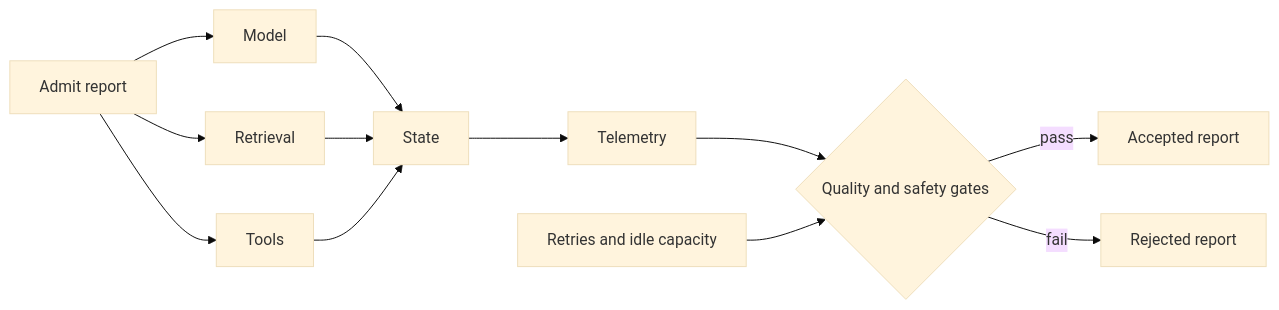
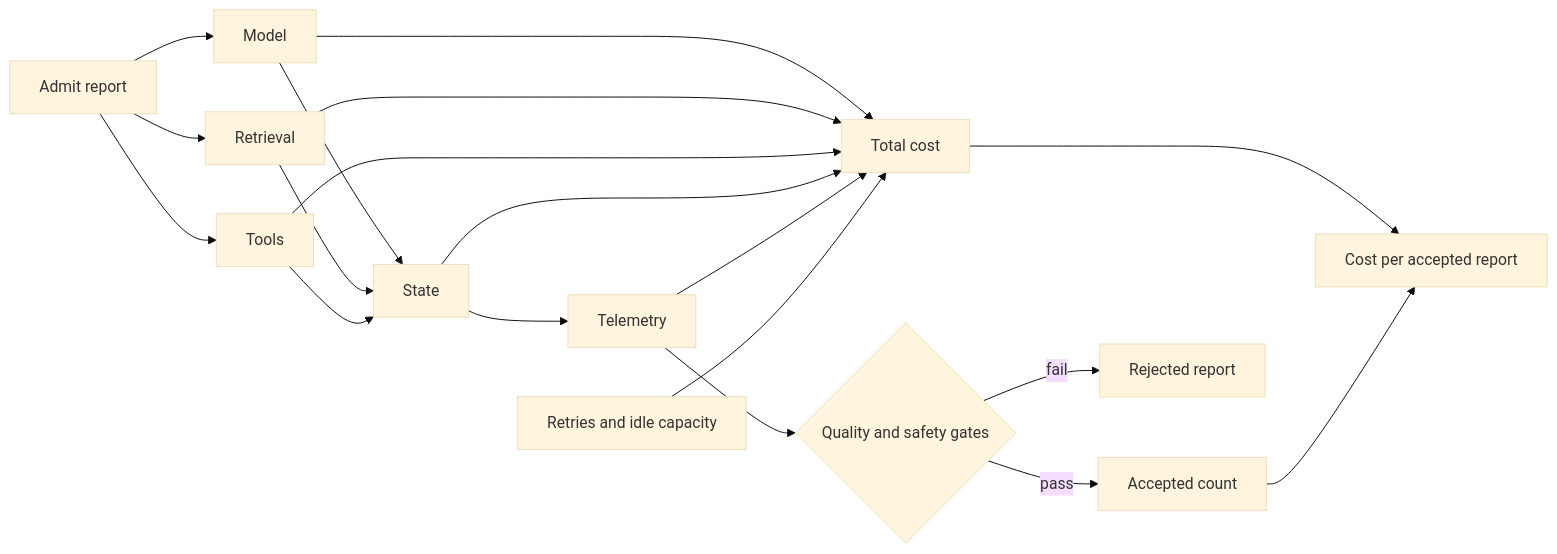
The first of 3 diagrams in modules/08-scale-economics-lifecycle/chapters/33-performance-cost-engineering.md (VikrantSingh01/Agentic_System_Design), drawn with Mermaid (base theme) before and after one commit. The commit also changed other lines of this file and 2 other files, not shown here.

Commit message:
Improve Module 8 diagram accessibility

````diff
--- a/modules/08-scale-economics-lifecycle/chapters/33-performance-cost-engineering.md
+++ b/modules/08-scale-economics-lifecycle/chapters/33-performance-cost-engineering.md
@@ -61,14 +61,21 @@
 ```mermaid
 flowchart LR
     A[Admit report] --> M[Model]
     A --> R[Retrieval]
     A --> T[Tools]
     M --> S[State]
     R --> S
     T --> S
     S --> O[Telemetry]
+    M --> TC[Total cost]
+    R --> TC
+    T --> TC
+    S --> TC
+    O --> TC
+    C[Retries and idle capacity] --> TC
     O --> E{Quality and safety gates}
-    E -->|pass| Y[Accepted report]
+    E -->|pass| Y[Accepted count]
     E -->|fail| N[Rejected report]
-    C[Retries and idle capacity] --> E
+    TC --> U[Cost per accepted report]
+    Y --> U
 ```
````
